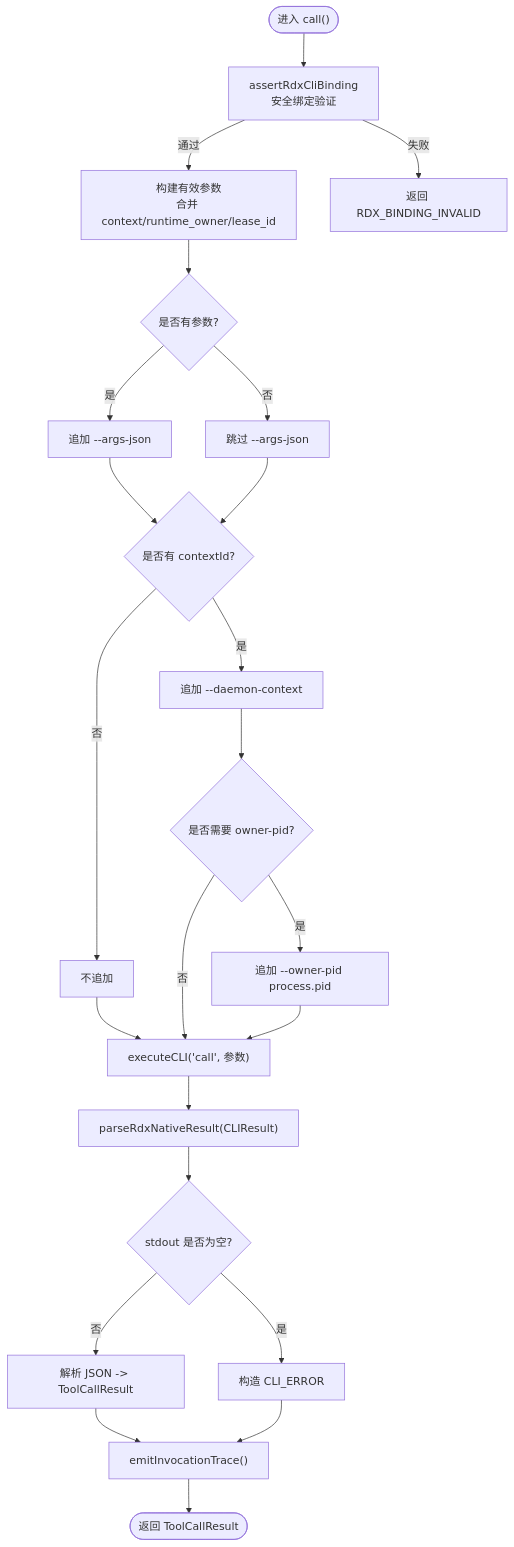
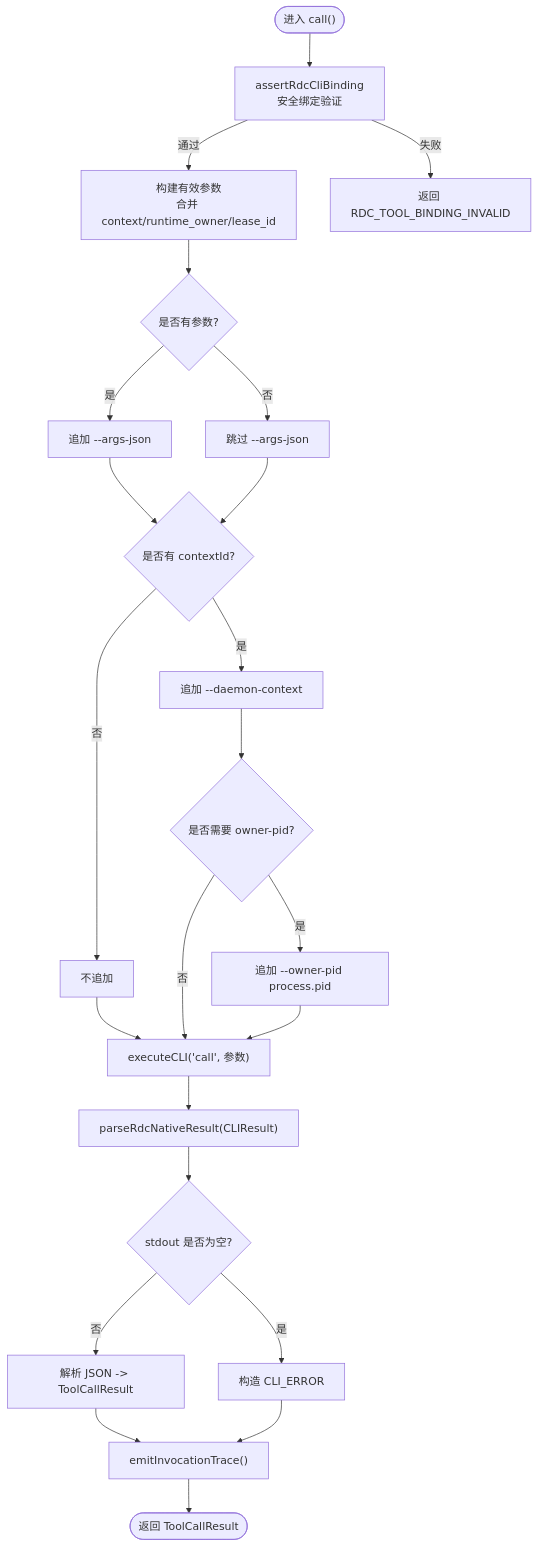
The third of 7 diagrams in .qoder/repowiki/zh/content/核心模块/工具系统/RDX CLI 调用器.md (haolange/RDC-Agent), drawn with Mermaid before and after one commit. The commit also changed other lines of this file and 557 other files, not shown here.

First line of the commit message:
Unify RDC-Agent identity and canonical RDC-Tool integration

````diff
--- a/.qoder/repowiki/zh/content/核心模块/工具系统/RDX CLI 调用器.md
+++ b/.qoder/repowiki/zh/content/核心模块/工具系统/RDX CLI 调用器.md
@@ -151,25 +151,25 @@
 ```mermaid
 flowchart TD
-Start(["进入 call()"]) --> Validate["assertRdxCliBinding<br/>安全绑定验证"]
+Start(["进入 call()"]) --> Validate["assertRdcCliBinding<br/>安全绑定验证"]
 Validate --> |通过| BuildArgs["构建有效参数<br/>合并 context/runtime_owner/lease_id"]
-Validate --> |失败| ErrorReturn["返回 RDX_BINDING_INVALID"]
+Validate --> |失败| ErrorReturn["返回 RDC_TOOL_BINDING_INVALID"]
 BuildArgs --> JsonArg{"是否有参数?"}
 JsonArg --> |是| AddJson["追加 --args-json"]
 JsonArg --> |否| SkipJson["跳过 --args-json"]
 AddJson --> ContextFlag{"是否有 contextId?"}
 SkipJson --> ContextFlag
 ContextFlag --> |是| AddCtx["追加 --daemon-context"]
 ContextFlag --> |否| NoCtx["不追加"]
 AddCtx --> OwnerPid{"是否需要 owner-pid?"}
 NoCtx --> Exec["executeCLI('call', 参数)"]
 OwnerPid --> |是| AddOwnerPid["追加 --owner-pid process.pid"]
 OwnerPid --> |否| Exec
 AddOwnerPid --> Exec
-Exec --> Parse["parseRdxNativeResult(CLIResult)"]
+Exec --> Parse["parseRdcNativeResult(CLIResult)"]
 Parse --> Stdout{"stdout 是否为空?"}
 Stdout --> |否| MapResult["解析 JSON -> ToolCallResult"]
 Stdout --> |是| ErrorResult["构造 CLI_ERROR"]
 MapResult --> Emit["emitInvocationTrace()"]
 ErrorResult --> Emit
 Emit --> End(["返回 ToolCallResult"])
 ```
````
